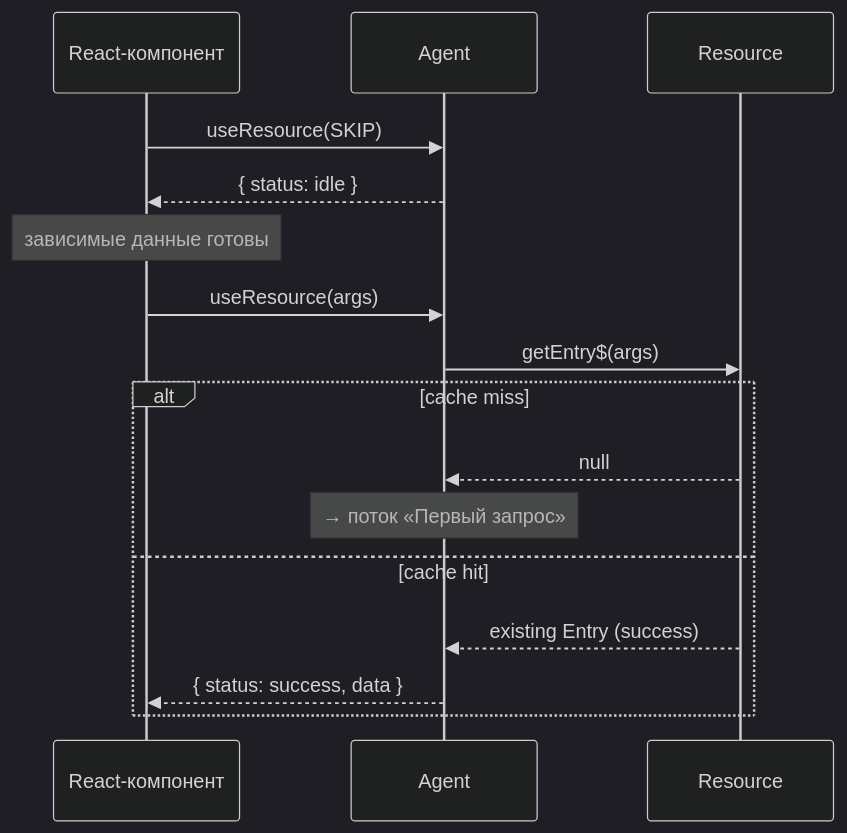
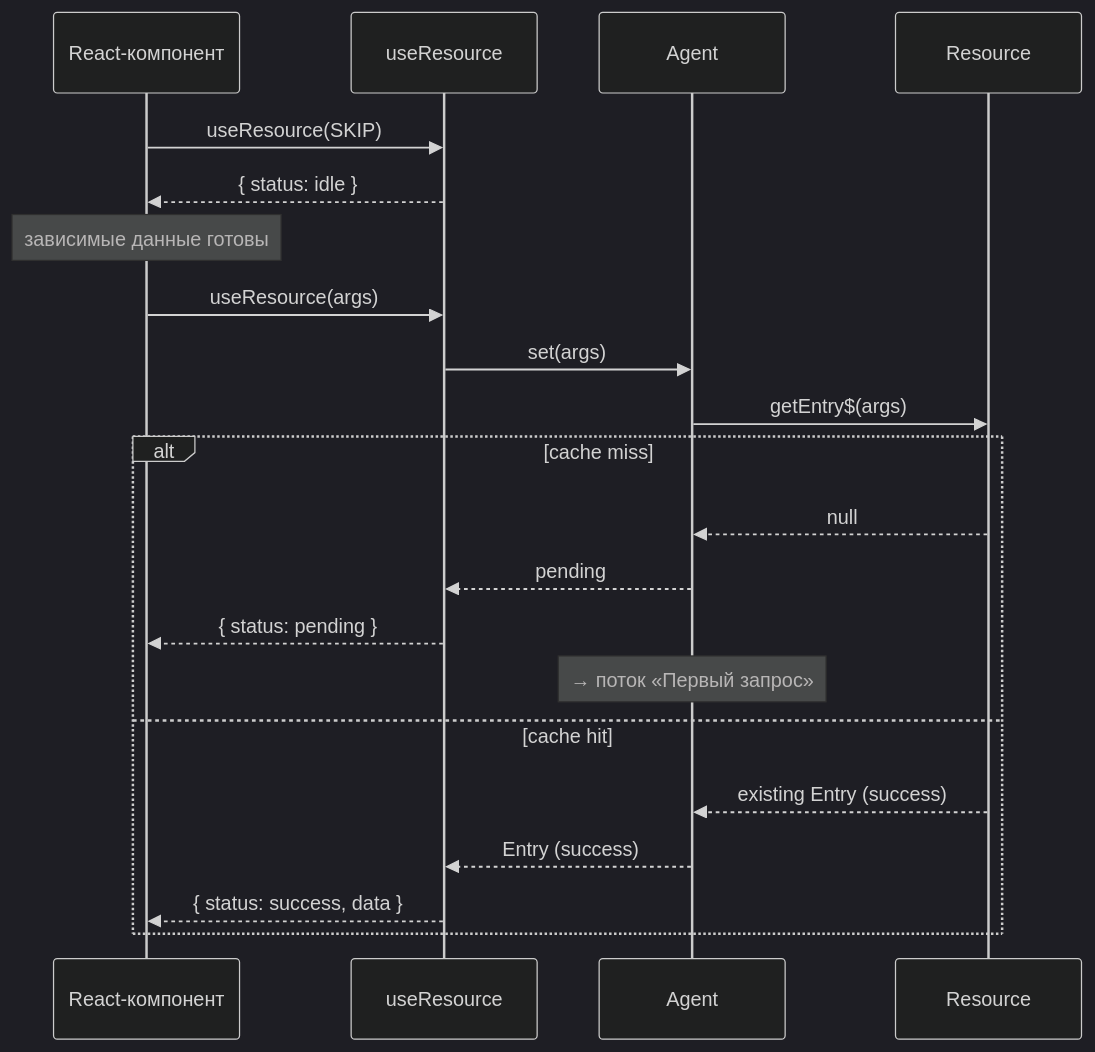
The third of 11 diagrams in docs/query/concepts/dataflows.md (fozy-labs/rx-toolkit), drawn with Mermaid (dark theme) before and after one commit. The commit also changed other lines of this file and 10 other files, not shown here.

````diff
--- a/docs/query/concepts/dataflows.md
+++ b/docs/query/concepts/dataflows.md
@@ -71,21 +105,27 @@
 ```mermaid
 sequenceDiagram
     participant UI as React-компонент
+    participant Hook as useResource
     participant Agent as Agent
     participant Res as Resource
 
-    UI->>Agent: useResource(SKIP)
-    Agent-->>UI: { status: idle }
+    UI->>Hook: useResource(SKIP)
+    Hook-->>UI: { status: idle }
 
     Note over UI: зависимые данные готовы
-    UI->>Agent: useResource(args)
+    
+    UI->>Hook: useResource(args)
+    Hook->>Agent: set(args)
     Agent->>Res: getEntry$(args)
 
     alt cache miss
         Res-->>Agent: null
+        Agent-->>Hook: pending
+        Hook-->>UI: { status: pending }
         Note over Agent: → поток «Первый запрос»
     else cache hit
         Res-->>Agent: existing Entry (success)
-        Agent-->>UI: { status: success, data }
+        Agent-->>Hook: Entry (success)
+        Hook-->>UI: { status: success, data }
     end
 ```
````
